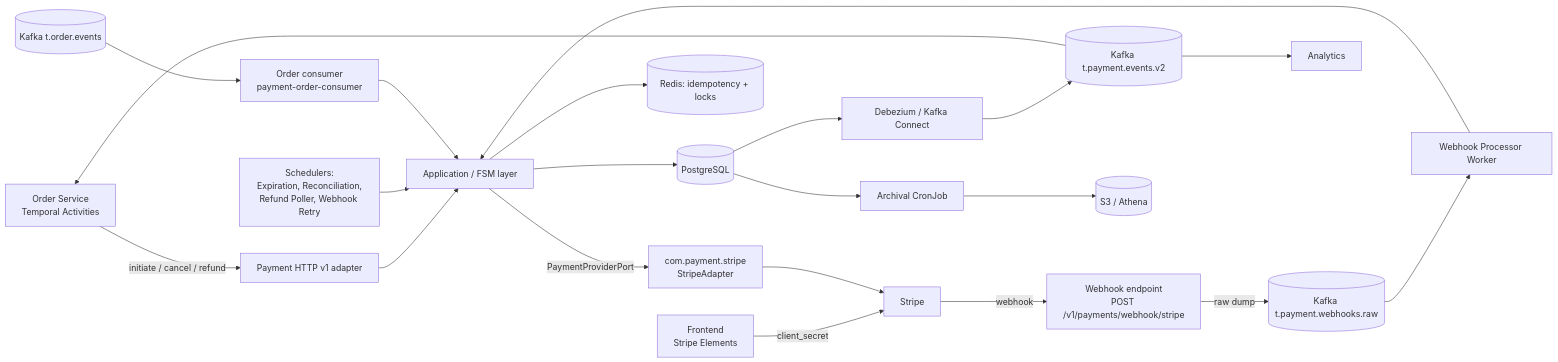
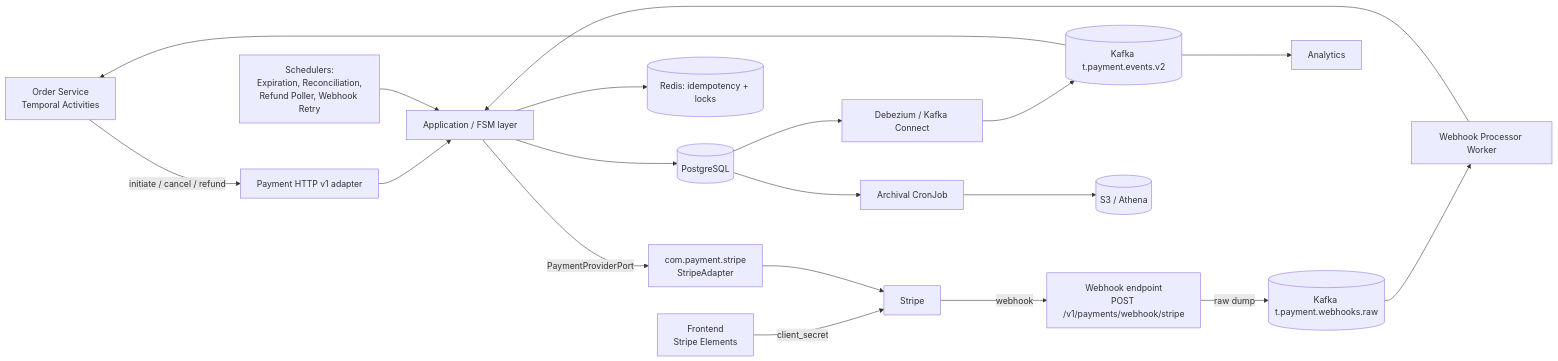
The diagram in docs/payment/architecture.md (quangdung2110/e-commerce-microservices), drawn with Mermaid before and after one commit. The commit also changed other lines of this file and 36 other files, not shown here.

````diff
--- a/docs/payment/architecture.md
+++ b/docs/payment/architecture.md
@@ -31,22 +31,20 @@
 ```mermaid
 flowchart LR
   O[Order Service<br/>Temporal Activities] -->|initiate / cancel / refund| API[Payment HTTP v1 adapter]
   FE[Frontend<br/>Stripe Elements] -->|client_secret| ST[Stripe]
   ST -->|webhook| WH[Webhook endpoint<br/>POST /v1/payments/webhook/stripe]
   WH -->|raw dump| KR[(Kafka t.payment.webhooks.raw)]
   KR --> WP[Webhook Processor Worker]
   API --> APP[Application / FSM layer]
   WP --> APP
   SCH[Schedulers:<br/>Expiration, Reconciliation,<br/>Refund Poller, Webhook Retry] --> APP
   APP --> PG[(PostgreSQL)]
   APP --> RD[(Redis: idempotency + locks)]
   APP -->|PaymentProviderPort| SA[com.payment.stripe<br/>StripeAdapter]
   SA --> ST
   PG --> DBZ[Debezium / Kafka Connect]
   DBZ --> KP[(Kafka t.payment.events.v2)]
   KP --> O
   KP --> AN[Analytics]
-  KO[(Kafka t.order.events)] --> OC[Order consumer<br/>payment-order-consumer]
-  OC --> APP
   PG --> AR[Archival CronJob] --> S3[(S3 / Athena)]
 ```
````
